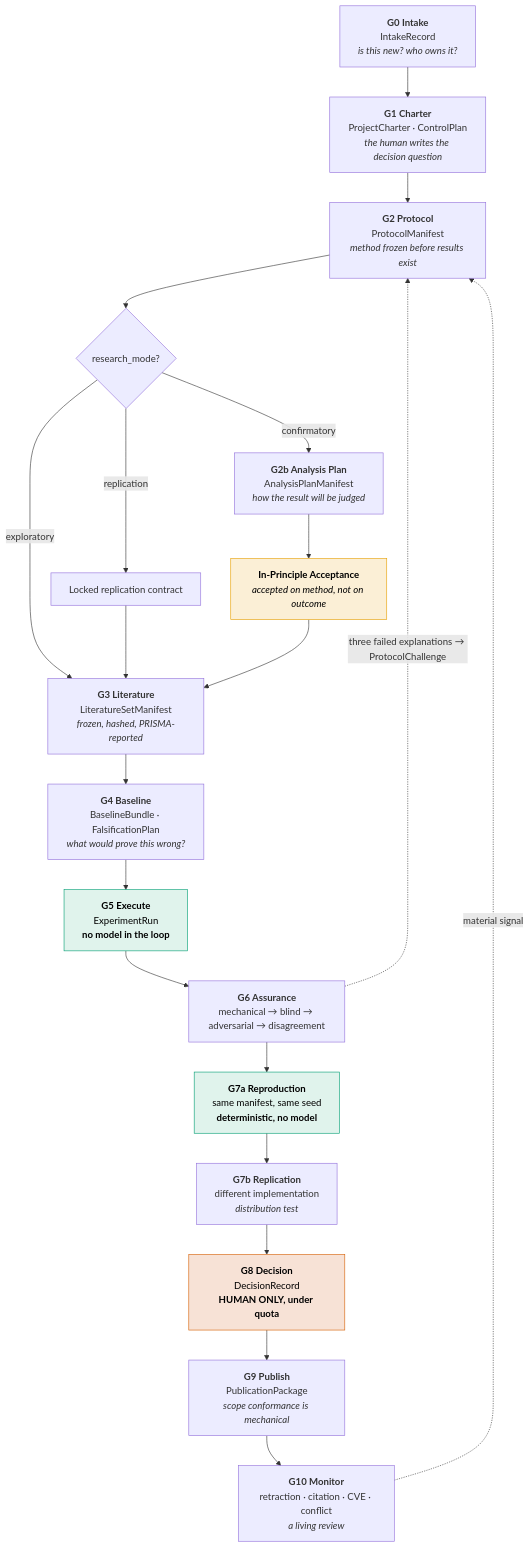
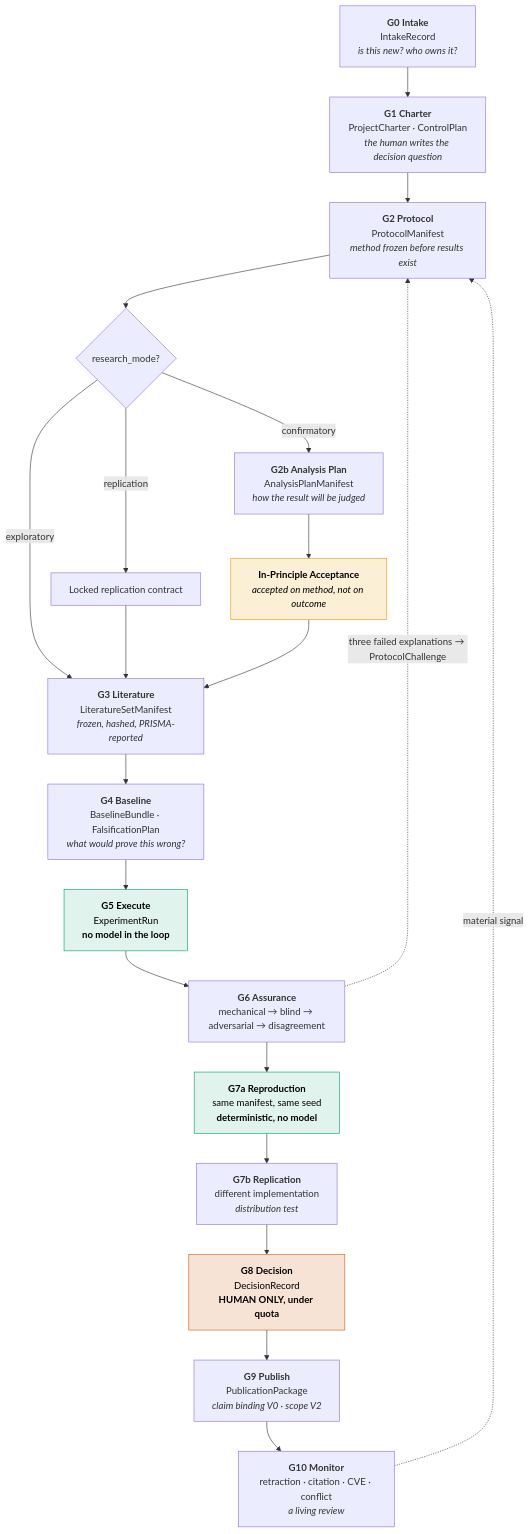
The tenth of 23 diagrams in docs/architecture/AETHRION_ARCHITECTURE.md (furkanhanilci/AETHRION), drawn with Mermaid before and after one commit. The commit also changed other lines of this file and 824 other files, not shown here.

````diff
--- a/docs/architecture/AETHRION_ARCHITECTURE.md
+++ b/docs/architecture/AETHRION_ARCHITECTURE.md
@@ -293,31 +368,31 @@
 ```mermaid
 flowchart TD
     G0["<b>G0 Intake</b><br/>IntakeRecord<br/><i>is this new? who owns it?</i>"]
     G1["<b>G1 Charter</b><br/>ProjectCharter · ControlPlan<br/><i>the human writes the decision question</i>"]
     G2["<b>G2 Protocol</b><br/>ProtocolManifest<br/><i>method frozen before results exist</i>"]
     G2B["<b>G2b Analysis Plan</b><br/>AnalysisPlanManifest<br/><i>how the result will be judged</i>"]
     IPA["<b>In-Principle Acceptance</b><br/><i>accepted on method, not on outcome</i>"]
     G3["<b>G3 Literature</b><br/>LiteratureSetManifest<br/><i>frozen, hashed, PRISMA-reported</i>"]
     G4["<b>G4 Baseline</b><br/>BaselineBundle · FalsificationPlan<br/><i>what would prove this wrong?</i>"]
     G5["<b>G5 Execute</b><br/>ExperimentRun<br/><b>no model in the loop</b>"]
     G6["<b>G6 Assurance</b><br/>mechanical → blind → adversarial → disagreement"]
     G7A["<b>G7a Reproduction</b><br/>same manifest, same seed<br/><b>deterministic, no model</b>"]
     G7B["<b>G7b Replication</b><br/>different implementation<br/><i>distribution test</i>"]
     G8["<b>G8 Decision</b><br/>DecisionRecord<br/><b>HUMAN ONLY, under quota</b>"]
-    G9["<b>G9 Publish</b><br/>PublicationPackage<br/><i>scope conformance is mechanical</i>"]
+    G9["<b>G9 Publish</b><br/>PublicationPackage<br/><i>claim binding V0 · scope V2</i>"]
     G10["<b>G10 Monitor</b><br/>retraction · citation · CVE · conflict<br/><i>a living review</i>"]
 
     G0 --> G1 --> G2 --> MODE{"research_mode?"}
     MODE -->|exploratory| G3
     MODE -->|replication| RC["Locked replication contract"] --> G3
     MODE -->|confirmatory| G2B --> IPA --> G3
     G3 --> G4 --> G5 --> G6
     G6 --> G7A --> G7B --> G8 --> G9 --> G10
     G10 -.->|"material signal"| G2
     G6 -.->|"three failed explanations → ProtocolChallenge"| G2
 
     style G5 fill:#E0F3EC,stroke:#009E73,color:#000
     style G7A fill:#E0F3EC,stroke:#009E73,color:#000
     style G8 fill:#F7E2D6,stroke:#D55E00,color:#000
     style IPA fill:#FBEFD6,stroke:#E69F00,color:#000
 ```
````
